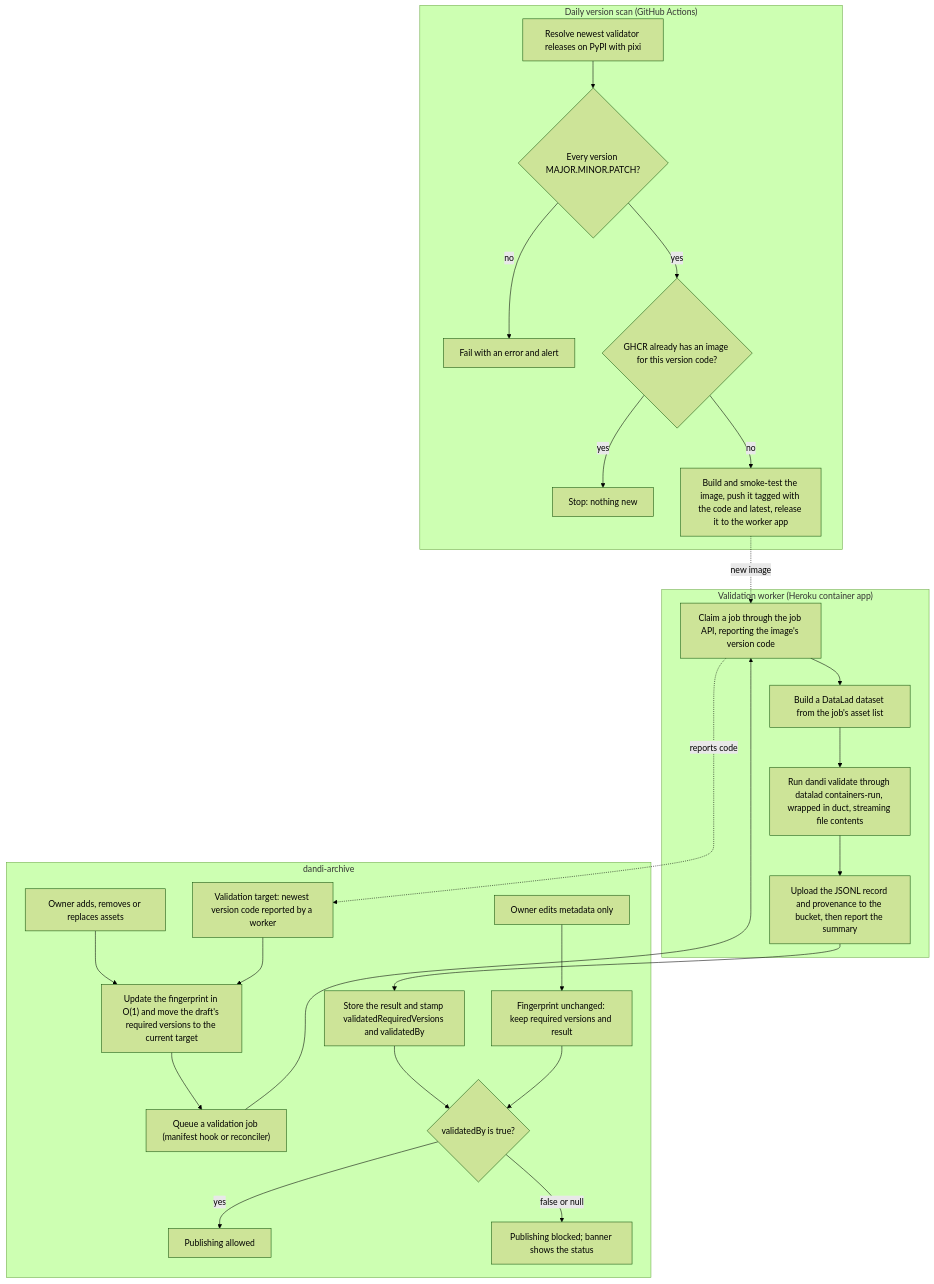
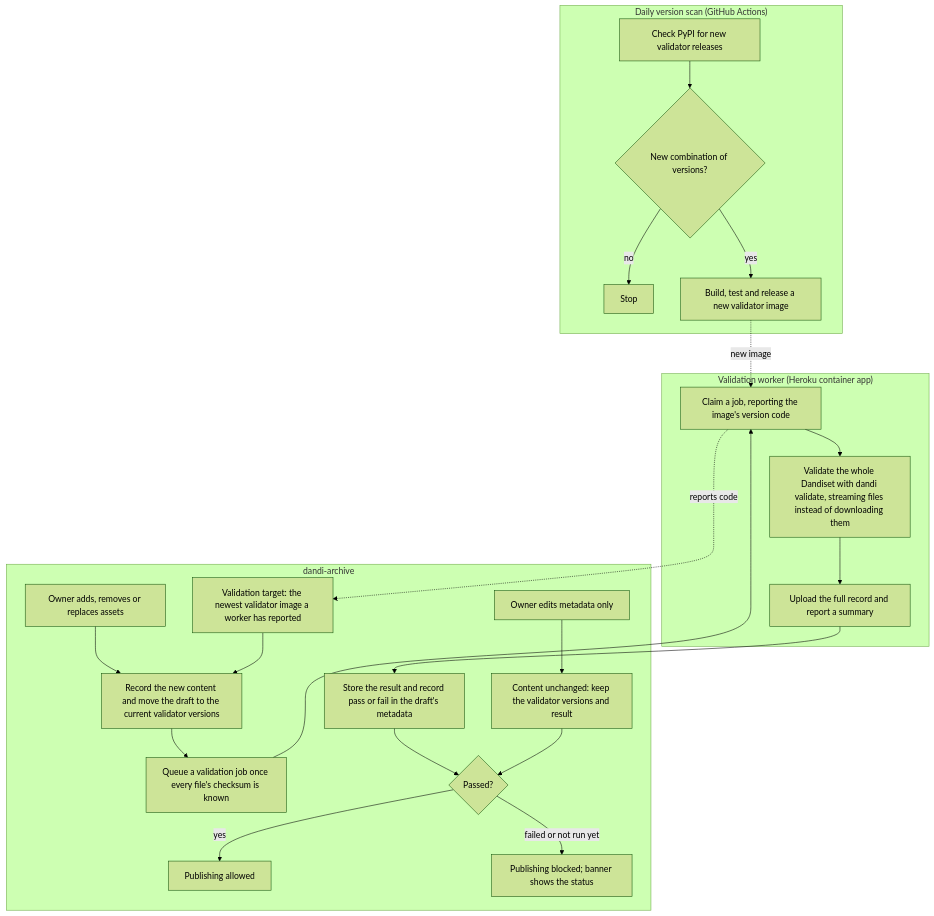
Before and after one commit to dandi/dandi-archive: the diagram in doc/design/trusted-validation.md, drawn with Mermaid (forest theme). The commit also changed other lines of this file and 1 other file, not shown here.

First line of the commit message:
Apply the agreed review of the trusted validation docs

````diff
--- a/doc/design/trusted-validation.md
+++ b/doc/design/trusted-validation.md
@@ -40,33 +43,30 @@
 ```mermaid
 flowchart TD
     subgraph scan["Daily version scan (GitHub Actions)"]
-        S1["Resolve newest validator releases on PyPI with pixi"] --> S2{"Every version MAJOR.MINOR.PATCH?"}
-        S2 -- no --> S3["Fail with an error and alert"]
-        S2 -- yes --> S4{"GHCR already has an image for this version code?"}
-        S4 -- yes --> S5["Stop: nothing new"]
-        S4 -- no --> S6["Build and smoke-test the image, push it tagged with the code and latest, release it to the worker app"]
+        S1["Check PyPI for new validator releases"] --> S2{"New combination of versions?"}
+        S2 -- no --> S3["Stop"]
+        S2 -- yes --> S4["Build, test and release a new validator image"]
     end
 
     subgraph archive["dandi-archive"]
-        A1["Owner adds, removes or replaces assets"] --> A2["Update the fingerprint in O(1) and move the draft's required versions to the current target"]
-        A2 --> A3["Queue a validation job (manifest hook or reconciler)"]
-        M1["Owner edits metadata only"] --> M2["Fingerprint unchanged: keep required versions and result"]
-        T["Validation target: newest version code reported by a worker"]
-        A7["Store the result and stamp validatedRequiredVersions and validatedBy"] --> A8{"validatedBy is true?"}
+        A1["Owner adds, removes or replaces assets"] --> A2["Record the new content and move the draft to the current validator versions"]
+        A2 --> A3["Queue a validation job once every file's checksum is known"]
+        M1["Owner edits metadata only"] --> M2["Content unchanged: keep the validator versions and result"]
+        T["Validation target: the newest validator image a worker has reported"]
+        A7["Store the result and record pass or fail in the draft's metadata"] --> A8{"Passed?"}
         M2 --> A8
         A8 -- yes --> A9["Publishing allowed"]
-        A8 -- "false or null" --> A10["Publishing blocked; banner shows the status"]
+        A8 -- "failed or not run yet" --> A10["Publishing blocked; banner shows the status"]
     end
 
     subgraph worker["Validation worker (Heroku container app)"]
-        W1["Claim a job through the job API, reporting the image's version code"] --> W2["Build a DataLad dataset from the job's asset list"]
-        W2 --> W3["Run dandi validate through datalad containers-run, wrapped in duct, streaming file contents"]
-        W3 --> W4["Upload the JSONL record and provenance to the bucket, then report the summary"]
+        W1["Claim a job, reporting the image's version code"] --> W2["Validate the whole Dandiset with dandi validate, streaming files instead of downloading them"]
+        W2 --> W3["Upload the full record and report a summary"]
     end
 
-    S6 -. new image .-> W1
+    S4 -. new image .-> W1
     W1 -. reports code .-> T
     T --> A2
     A3 --> W1
-    W4 --> A7
+    W3 --> A7
 ```
````
